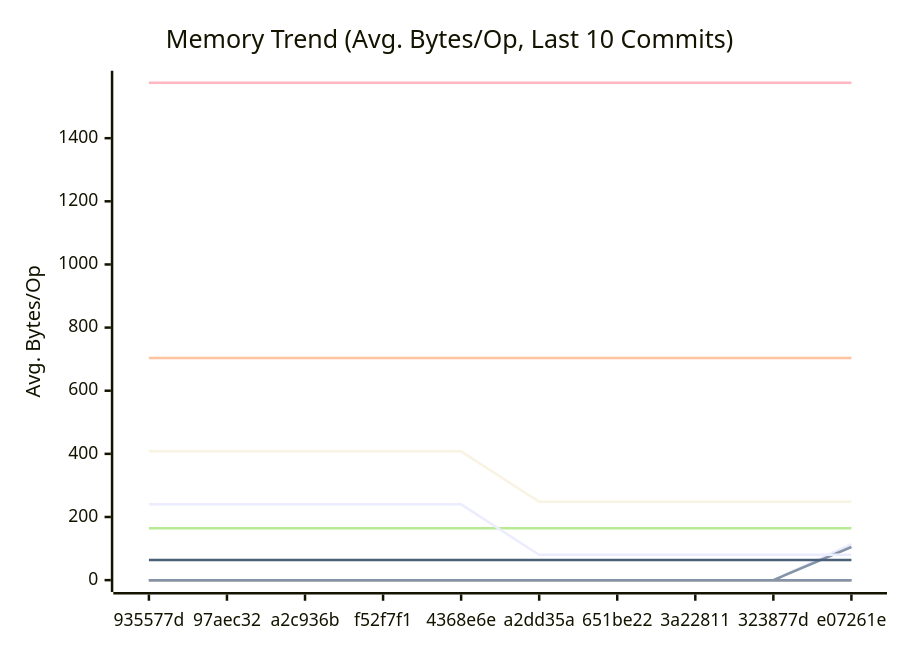
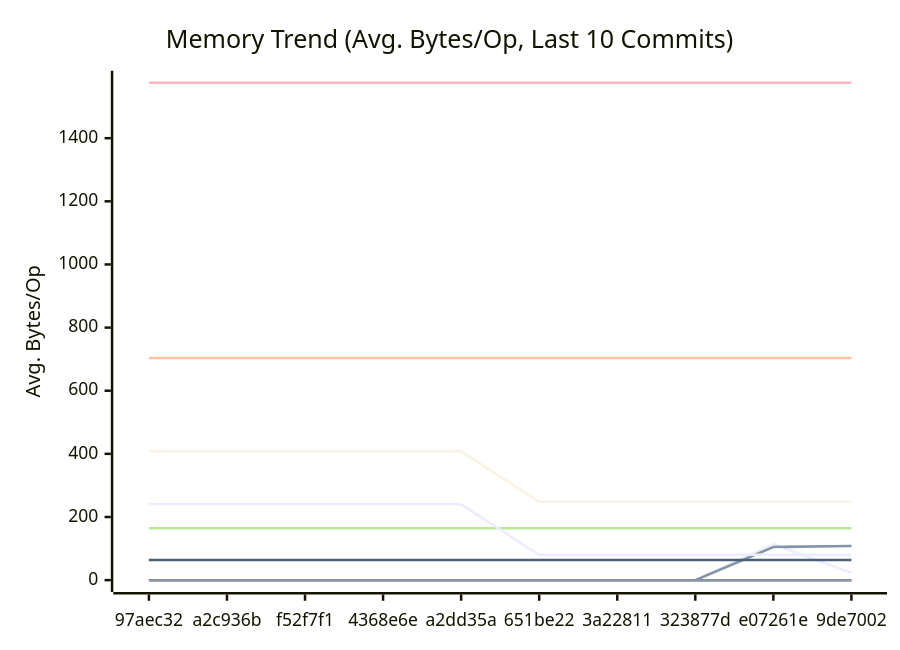
One commit to alsotoes/momo changed the second of 3 diagrams in docs/PERFORMANCE.md. Above: the diagram before and after it, drawn with Mermaid. The commit also changed other lines of this file and 2 other files, not shown here.

````diff
--- a/docs/PERFORMANCE.md
+++ b/docs/PERFORMANCE.md
@@ -169,20 +171,20 @@
 ```mermaid
 xychart-beta
     title "Memory Trend (Avg. Bytes/Op, Last 10 Commits)"
     x-axis "Commit"
     y-axis "Avg. Bytes/Op"
-    x-axis [935577d,97aec32,a2c936b,f52f7f1,4368e6e,a2dd35a,651be22,3a22811,323877d,e07261e]
-    line "AWSChunkedReaderSigned" [0,0,0,0,0,0,0,0,0,114]
-    line "AWSChunkedReaderUnsigned" [0,0,0,0,0,0,0,0,0,105]
+    x-axis [97aec32,a2c936b,f52f7f1,4368e6e,a2dd35a,651be22,3a22811,323877d,e07261e,9de7002]
+    line "AWSChunkedReaderSigned" [0,0,0,0,0,0,0,0,114,23]
+    line "AWSChunkedReaderUnsigned" [0,0,0,0,0,0,0,0,105,108]
     line "CheckMetricsAndSwap" [0,0,0,0,0,0,0,0,0,0]
     line "CrushOptimized" [0,0,0,0,0,0,0,0,0,0]
     line "CrushOriginal" [164,164,164,164,164,164,164,164,164,164]
     line "IndexDirectTracking" [0,0,0,0,0,0,0,0,0,0]
     line "IndexSearch" [0,0,0,0,0,0,0,0,0,0]
     line "LoadGlobalConfig" [1576,1576,1576,1576,1576,1576,1576,1576,1576,1576]
     line "PadString" [64,64,64,64,64,64,64,64,64,64]
     line "ParseReplicationOrder_NoPrealloc" [408,408,408,408,408,248,248,248,248,248]
     line "ParseReplicationOrder_Prealloc" [240,240,240,240,240,80,80,80,80,80]
     line "SanitizeLog/Safe" [0,0,0,0,0,0,0,0,0,0]
     line "SanitizeLog/Unsafe" [704,704,704,704,704,704,704,704,704,704]
 ```
````
